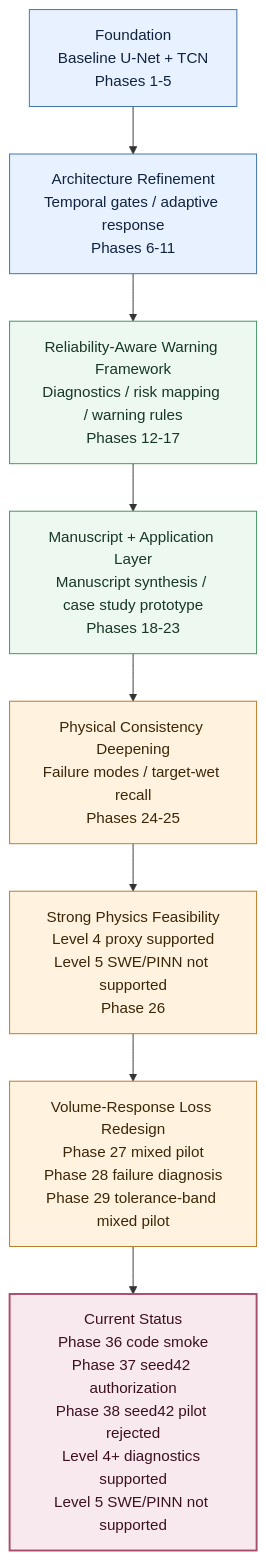
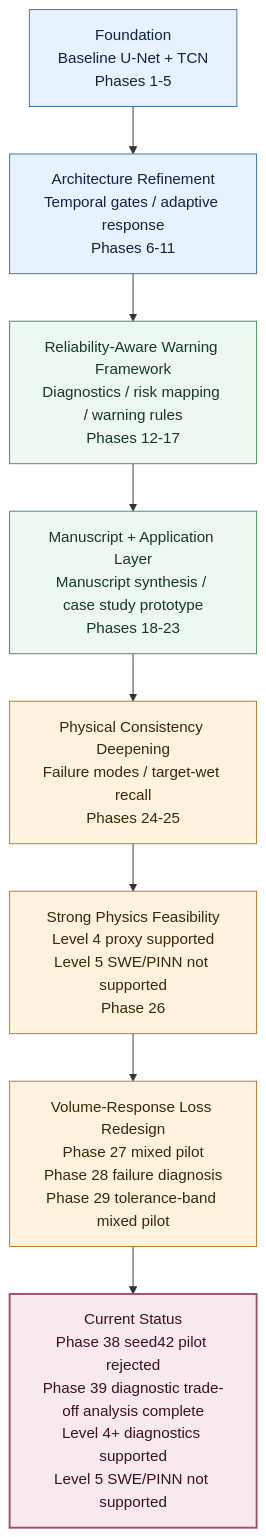
Before and after one commit to HolyLin990604/physics-guided-urban-flood-prediction: the second of 3 diagrams in README.md, drawn with Mermaid. The commit also changed other lines of this file and 2 other files, not shown here.

Commit message:
docs: sync phase39 failed pilot tradeoff diagnosis status

````diff
--- a/README.md
+++ b/README.md
@@ -28,18 +28,18 @@
 ```mermaid
 flowchart TB
     A["Foundation<br/>Baseline U-Net + TCN<br/>Phases 1-5"]:::foundation
     B["Architecture Refinement<br/>Temporal gates / adaptive response<br/>Phases 6-11"]:::foundation
     C["Reliability-Aware Warning Framework<br/>Diagnostics / risk mapping / warning rules<br/>Phases 12-17"]:::reliability
     D["Manuscript + Application Layer<br/>Manuscript synthesis / case study prototype<br/>Phases 18-23"]:::reliability
     E["Physical Consistency Deepening<br/>Failure modes / target-wet recall<br/>Phases 24-25"]:::physics
     F["Strong Physics Feasibility<br/>Level 4 proxy supported<br/>Level 5 SWE/PINN not supported<br/>Phase 26"]:::physics
     G["Volume-Response Loss Redesign<br/>Phase 27 mixed pilot<br/>Phase 28 failure diagnosis<br/>Phase 29 tolerance-band mixed pilot"]:::physics
-    H["Current Status<br/>Phase 36 code smoke<br/>Phase 37 seed42 authorization<br/>Phase 38 seed42 pilot rejected<br/>Level 4+ diagnostics supported<br/>Level 5 SWE/PINN not supported"]:::current
+    H["Current Status<br/>Phase 38 seed42 pilot rejected<br/>Phase 39 diagnostic trade-off analysis complete<br/>Level 4+ diagnostics supported<br/>Level 5 SWE/PINN not supported"]:::current
 
     A --> B --> C --> D --> E --> F --> G --> H
 
     classDef foundation fill:#e8f1ff,stroke:#3b6ea8,stroke-width:1px,color:#10233f
     classDef reliability fill:#edf8f1,stroke:#3f8f5f,stroke-width:1px,color:#173824
     classDef physics fill:#fff3df,stroke:#b77722,stroke-width:1px,color:#3d2608
     classDef current fill:#f7e9ee,stroke:#a84b6b,stroke-width:2px,color:#3d1021
 ```
````
